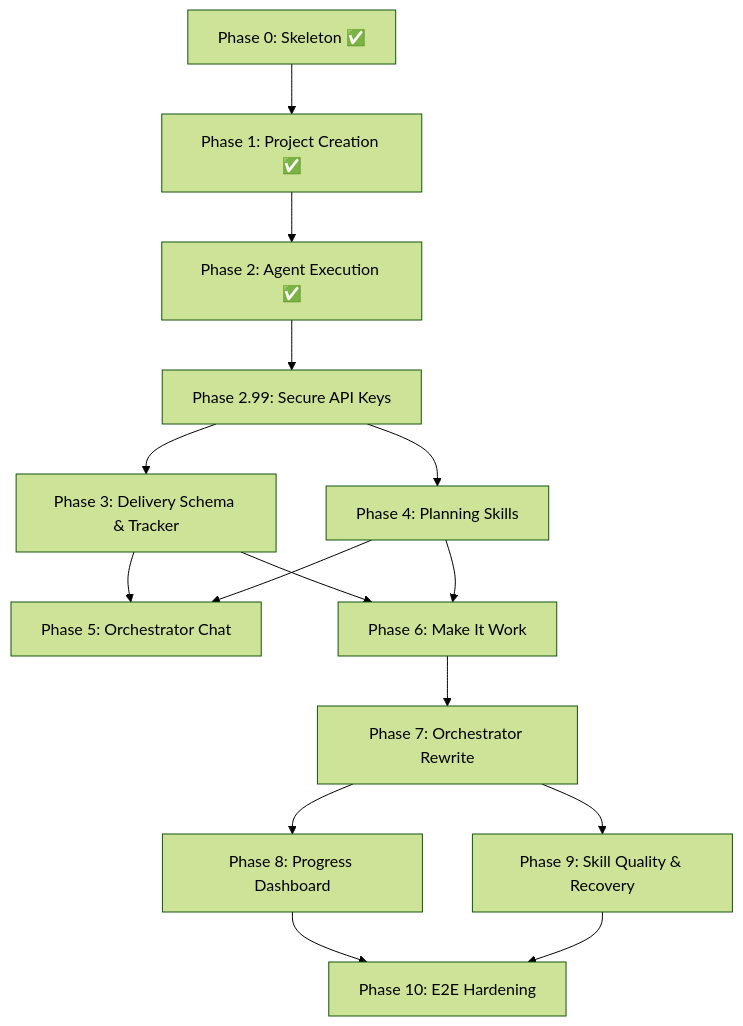
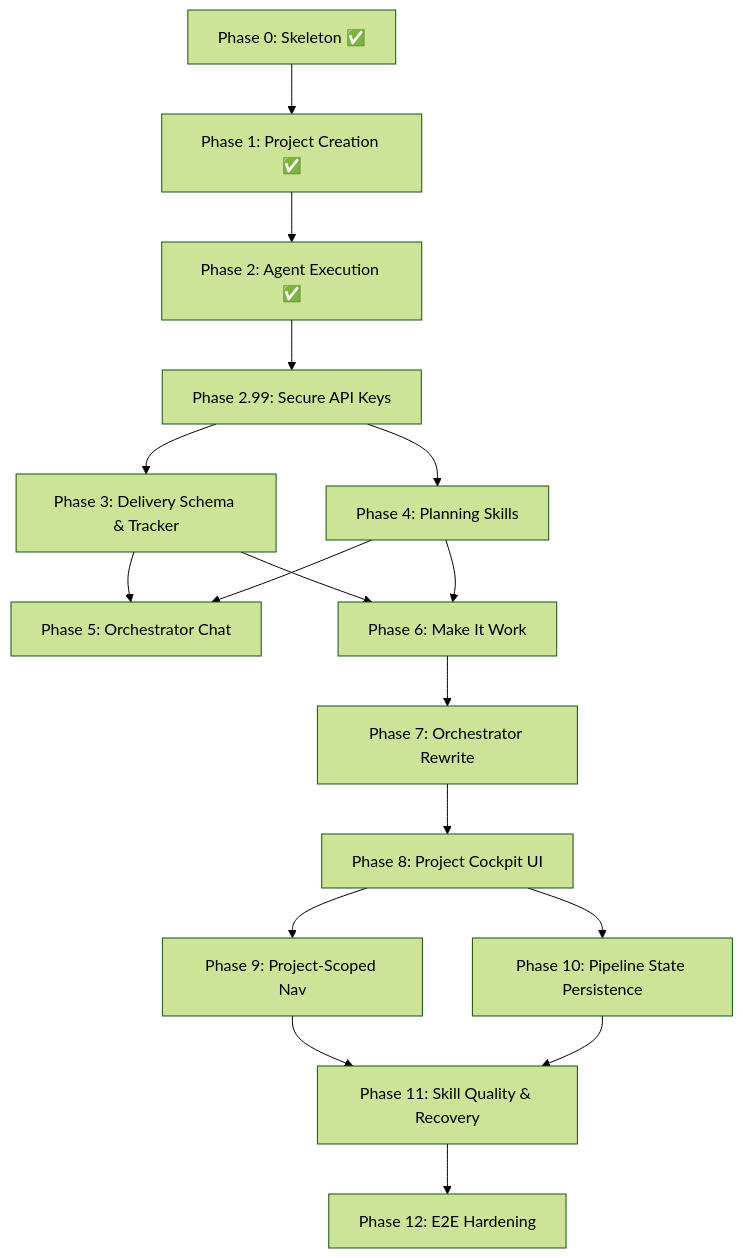
The diagram in docs/PLAN.md (operator-auteng-ai/hq), drawn with Mermaid (forest theme) before and after one commit. The commit also changed other lines of this file and 7 other files, not shown here.

First line of the commit message:
feat: project-scoped navigation with context-aware sidebar (Phase 9)

````diff
--- a/docs/PLAN.md
+++ b/docs/PLAN.md
@@ -507,17 +596,19 @@
 ```mermaid
 graph TD
     P0["Phase 0: Skeleton ✅"] --> P1["Phase 1: Project Creation ✅"]
     P1 --> P2["Phase 2: Agent Execution ✅"]
     P2 --> P299["Phase 2.99: Secure API Keys"]
     P299 --> P3["Phase 3: Delivery Schema & Tracker"]
     P299 --> P4["Phase 4: Planning Skills"]
     P3 --> P5["Phase 5: Orchestrator Chat"]
     P4 --> P5
     P3 --> P6["Phase 6: Make It Work"]
     P4 --> P6
     P6 --> P7["Phase 7: Orchestrator Rewrite"]
-    P7 --> P8["Phase 8: Progress Dashboard"]
-    P7 --> P9["Phase 9: Skill Quality & Recovery"]
-    P8 --> P10["Phase 10: E2E Hardening"]
-    P9 --> P10
+    P7 --> P8["Phase 8: Project Cockpit UI"]
+    P8 --> P9["Phase 9: Project-Scoped Nav"]
+    P8 --> P10["Phase 10: Pipeline State Persistence"]
+    P9 --> P11["Phase 11: Skill Quality & Recovery"]
+    P10 --> P11
+    P11 --> P12["Phase 12: E2E Hardening"]
 ```
````
